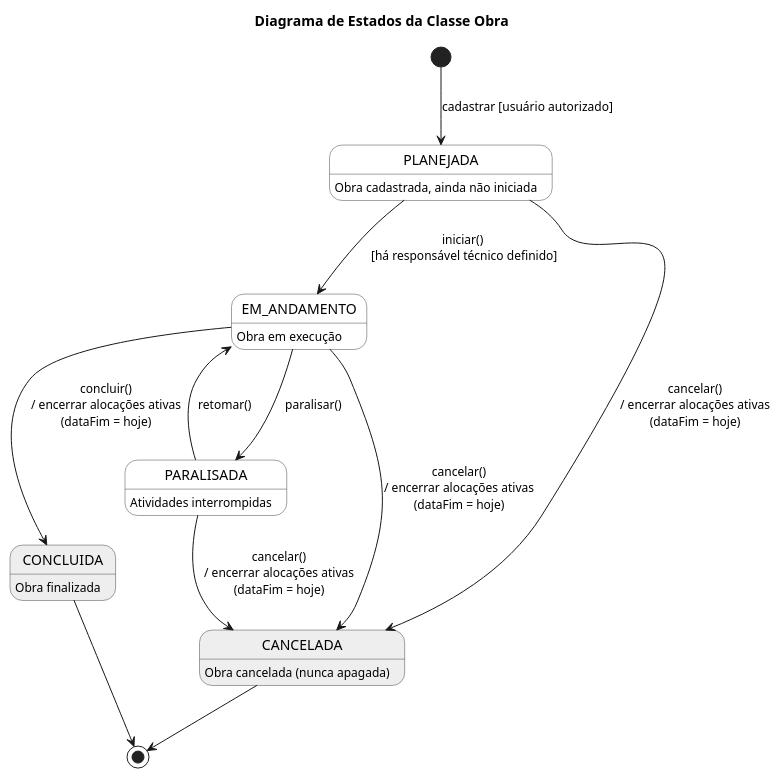
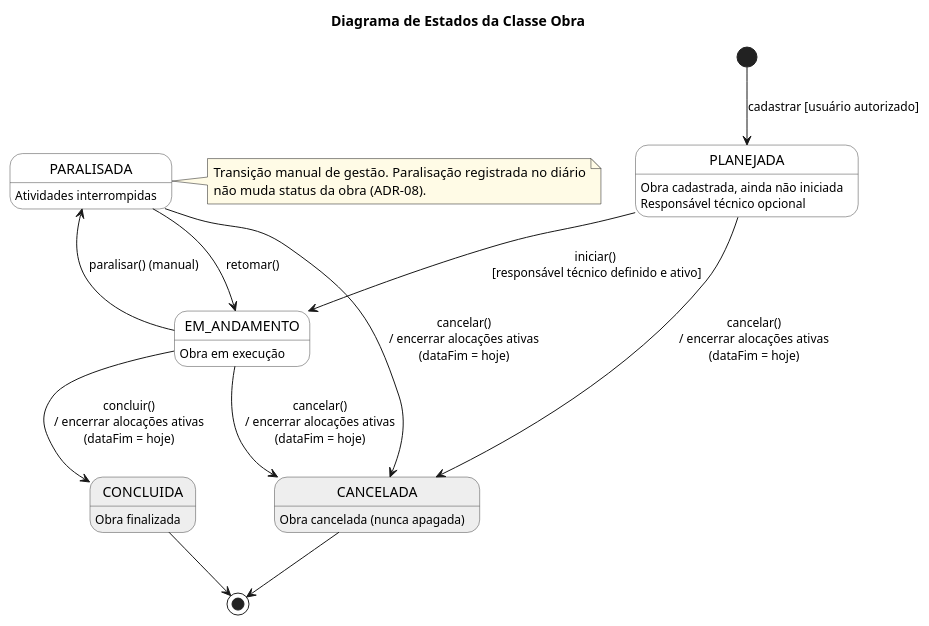
One commit to bernardoanobrega/oBRAS changed the diagram in Diagramas dinamicos/Modulo Painel de Obra/obra-states.puml. Above: the diagram before and after it, drawn with PlantUML. The commit also changed 1 other file, not shown here.

Commit message:
docs(diagramas): atualizar estados e atividades
Refs: PLANO.md §4.1/§4.2, ADR-01, ADR-02, ADR-08, Apêndice B.
alocacao-states.puml: sem alteração (conforme §4.2).

Waiver L02: L03 e L04 executadas antes da L02; os diagramas dependem de ADRs fechados, não da granularidade de UCs; não citam UC. Revisar após a L02 e ajustar se a matriz mudar. O waiver não se estende a nenhuma outra task.

```diff
--- a/Diagramas dinamicos/Modulo Painel de Obra/obra-states.puml
+++ b/Diagramas dinamicos/Modulo Painel de Obra/obra-states.puml
@@ -1,32 +1,37 @@
 @startuml obra-states
 title Diagrama de Estados da Classe Obra
 
 skinparam state {
   BackgroundColor #FFFFFF
   BorderColor #444444
   BackgroundColor<<final>> #EEEEEE
 }
 skinparam ArrowFontSize 12
 skinparam NoteBackgroundColor #FFFBE6
 hide empty description
 
 ' ===== ESTADOS =====
-state PLANEJADA : Obra cadastrada, ainda não iniciada
+state PLANEJADA : Obra cadastrada, ainda não iniciada\nResponsável técnico opcional
 state EM_ANDAMENTO : Obra em execução
 state PARALISADA : Atividades interrompidas
 state CONCLUIDA <<final>> : Obra finalizada
 state CANCELADA <<final>> : Obra cancelada (nunca apagada)
 
 ' ===== TRANSIÇÕES =====
 [*] --> PLANEJADA : cadastrar [usuário autorizado]
-PLANEJADA --> EM_ANDAMENTO : iniciar() \n[há responsável técnico definido]
-EM_ANDAMENTO --> PARALISADA : paralisar()
+PLANEJADA --> EM_ANDAMENTO : iniciar() \n[responsável técnico definido e ativo]
+EM_ANDAMENTO --> PARALISADA : paralisar() (manual)
 PARALISADA --> EM_ANDAMENTO : retomar()
 EM_ANDAMENTO --> CONCLUIDA : concluir()\n/ encerrar alocações ativas\n(dataFim = hoje)
 PLANEJADA --> CANCELADA : cancelar()\n/ encerrar alocações ativas\n(dataFim = hoje)
 EM_ANDAMENTO --> CANCELADA : cancelar()\n/ encerrar alocações ativas\n(dataFim = hoje)
 PARALISADA --> CANCELADA : cancelar()\n/ encerrar alocações ativas\n(dataFim = hoje)
 CONCLUIDA --> [*]
 CANCELADA --> [*]
 
+note right of PARALISADA
+  Transição manual de gestão. Paralisação registrada no diário
+  não muda status da obra (ADR-08).
+end note
+
 @enduml
```
